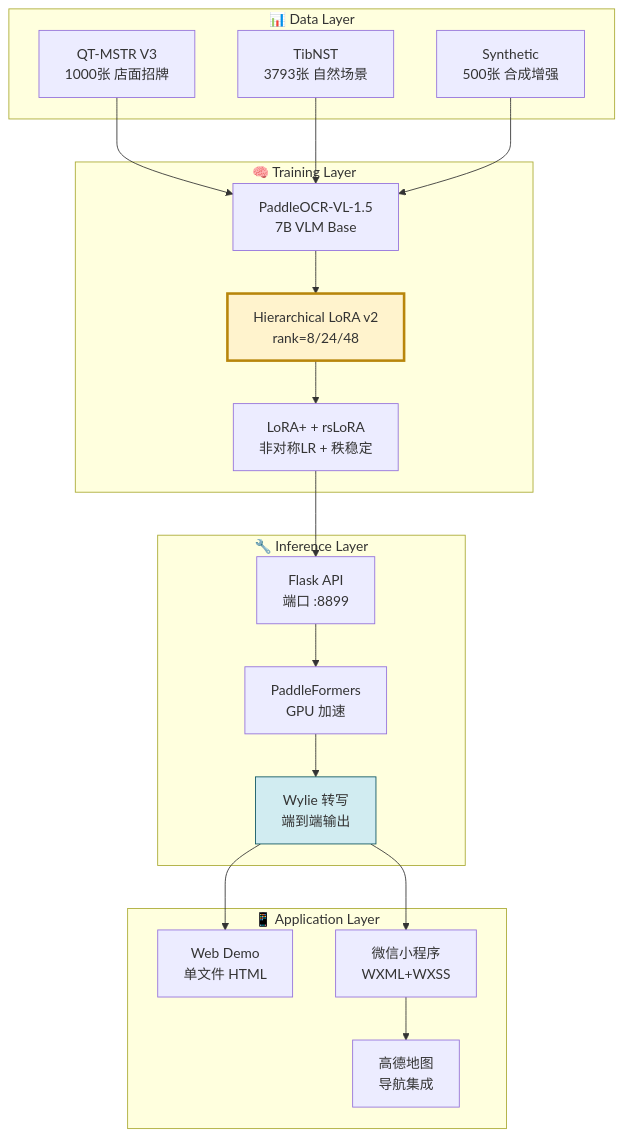
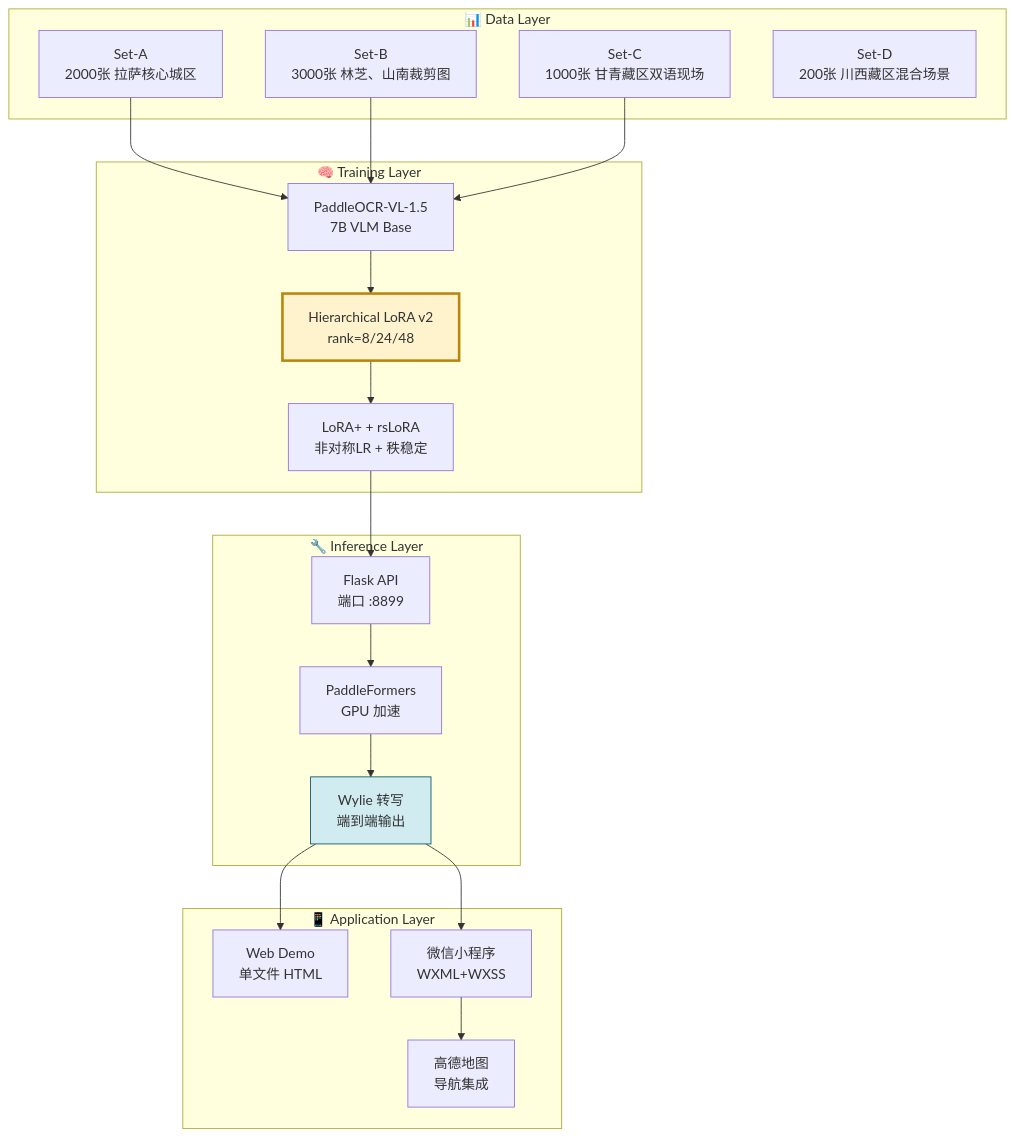
The first of 8 diagrams in README.md (JackXfmax/PaddleOCR_VL_1.5_Fine_Tuning), drawn with Mermaid before and after one commit.

````diff
--- a/README.md
+++ b/README.md
@@ -55,35 +55,36 @@
 ```mermaid
 graph TD
     subgraph 数据层["📊 Data Layer"]
-        D1["QT-MSTR V3<br/>1000张 店面招牌"]
-        D2["TibNST<br/>3793张 自然场景"]
-        D3["Synthetic<br/>500张 合成增强"]
+        D1["Set-A<br/>2000张 拉萨核心城区"]
+        D2["Set-B<br/>3000张 林芝、山南裁剪图"]
+        D3["Set-C<br/>1000张 甘青藏区双语现场"]
+        D4["Set-D<br/>200张 川西藏区混合场景"]
     end
 
     subgraph 训练层["🧠 Training Layer"]
         T1["PaddleOCR-VL-1.5<br/>7B VLM Base"]
         T2["Hierarchical LoRA v2<br/>rank=8/24/48"]
         T3["LoRA+ + rsLoRA<br/>非对称LR + 秩稳定"]
     end
 
     subgraph 推理层["🔧 Inference Layer"]
         I1["Flask API<br/>端口 :8899"]
         I2["PaddleFormers<br/>GPU 加速"]
         I3["Wylie 转写<br/>端到端输出"]
     end
 
     subgraph 应用层["📱 Application Layer"]
         A1["Web Demo<br/>单文件 HTML"]
         A2["微信小程序<br/>WXML+WXSS"]
         A3["高德地图<br/>导航集成"]
     end
 
     D1 & D2 & D3 --> T1
     T1 --> T2 --> T3
     T3 --> I1 --> I2 --> I3
     I3 --> A1 & A2
     A2 --> A3
 
     style T2 fill:#fff3cd,stroke:#b8860b,stroke-width:3px
     style I3 fill:#d1ecf1,stroke:#0c5460
 ```
````
